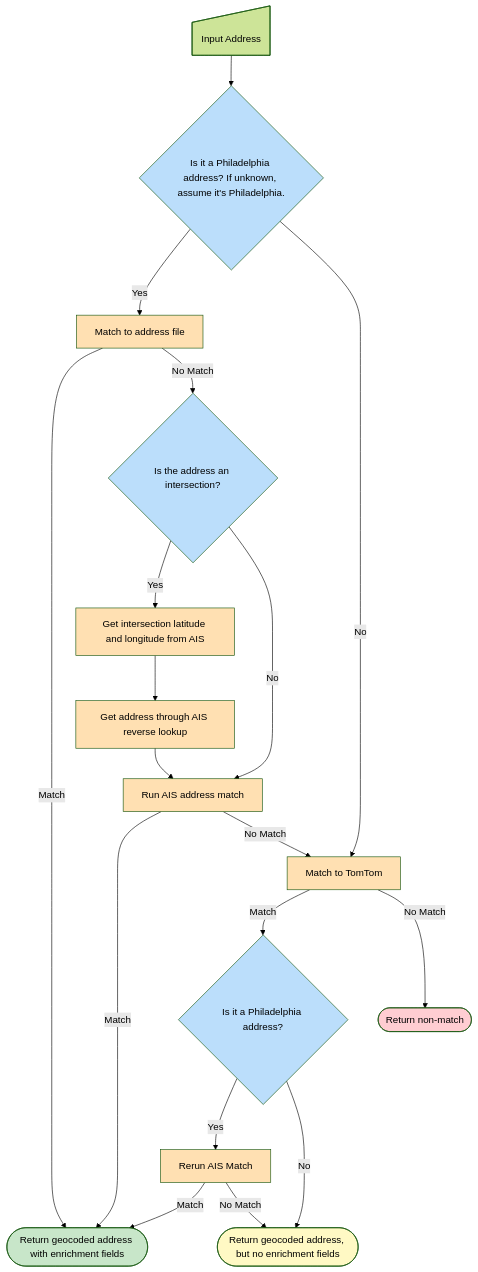
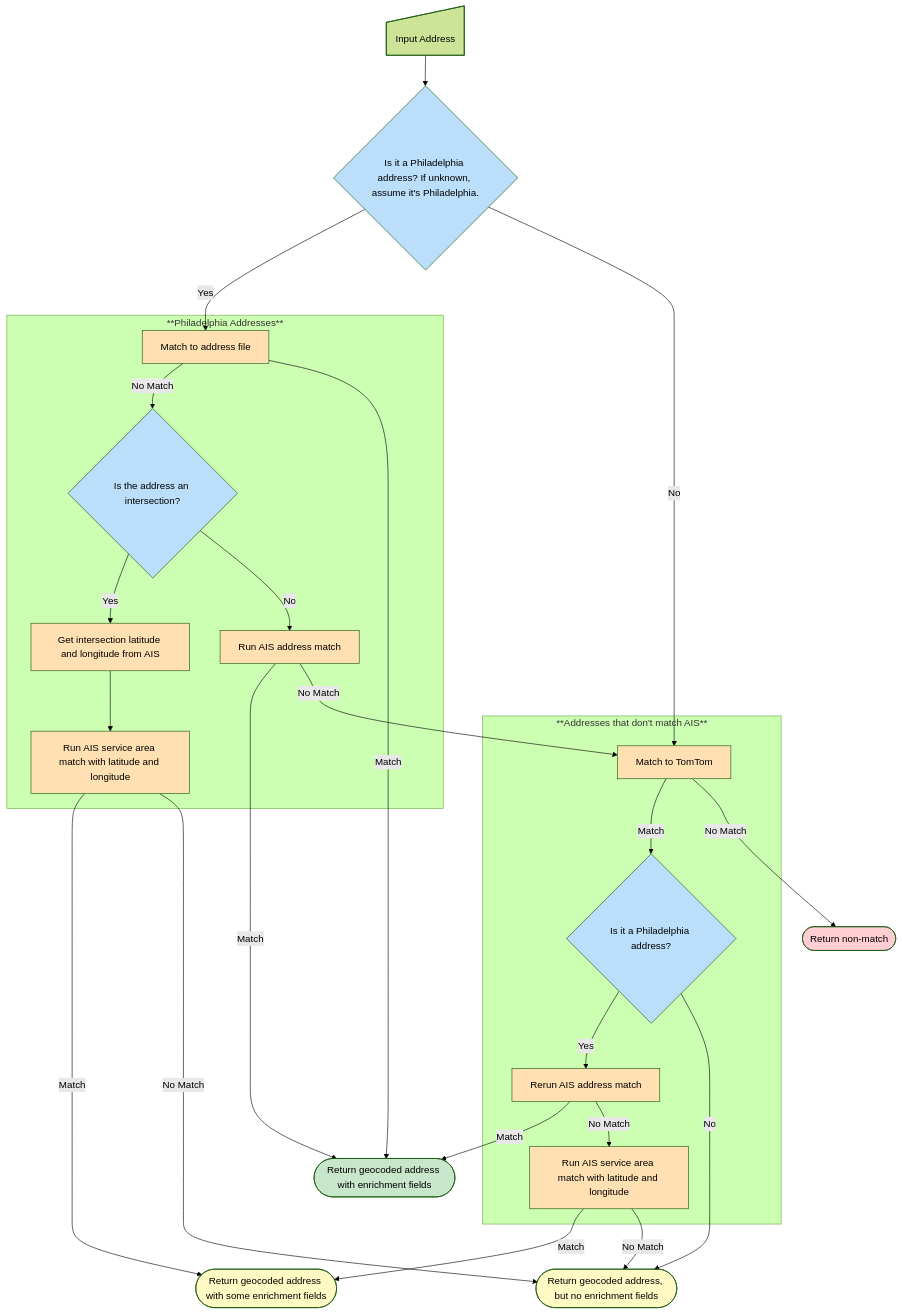
Before and after one commit to CityOfPhiladelphia/address-batch-geocoder: the diagram in README.md, drawn with Mermaid (forest theme). The commit also changed other lines of this file and 6 other files, not shown here.

First line of the commit message:
Match failed rematches to AIS against service area

````diff
--- a/README.md
+++ b/README.md
@@ -423,45 +444,68 @@
 ```mermaid
 flowchart TB
-    A["Input Address"] --> B@{ label: "Is it a Philadelphia address? If unknown, assume it's Philadelphia." }
-    B -- Yes --> C["Match to address file"]
-    B -- No --> D["Match to TomTom"]
+B["Is it a Philadelphia address? If unknown, assume it's Philadelphia."]
+
+ subgraph philly_path["**Philadelphia Addresses**"]
+        C["Match to address file"]
+        F["Is the address an intersection?"]
+        I["Get intersection latitude and longitude from AIS"]
+        J["Run AIS address match"]
+        K["Run AIS service area match with latitude and longitude"]
+  end
+ subgraph non_philly_path["**Addresses that don't match AIS**"]
+        D["Match to TomTom"]
+        G["Is it a Philadelphia address?"]
+        M["Rerun AIS address match"]
+        O["Run AIS service area match with latitude and longitude"]
+  end
+    A["Input Address"] --> B
+    B -- Yes --> C
+    C -- No Match --> F
+    F -- Yes --> I
+    F -- No --> J
+    I --> K
+    B -- No --> D
+    D -- Match --> G
+    G -- Yes --> M
     C -- Match --> E["Return geocoded address with enrichment fields"]
-    C -- No Match --> F["Is the address an intersection?"]
-    D -- Match --> G["Is it a Philadelphia address?"]
+    J -- Match --> E
+    M -- Match --> E
+    K -- Match --> P["Return geocoded address with some enrichment fields"]
+    K -- No Match --> N["Return geocoded address, but no enrichment fields"]
+    G -- No --> N
+    O -- Match --> P
+    O -- No Match --> N
     D -- No Match --> H["Return non-match"]
-    F -- Yes --> I["Get intersection latitude and longitude from AIS"]
-    F -- No --> J["Run AIS address match"]
-    I --> K["Get address through AIS reverse lookup"]
-    J -- Match --> E
+    M -- No Match --> O
     J -- No Match --> D
-    K --> J
-    G -- Yes --> M["Rerun AIS Match"]
-    G -- No --> N["Return geocoded address, but no enrichment fields"]
-    M -- Match --> E
-    M -- No Match --> N
-    A@{ shape: manual-input}
+
+    C@{ shape: process}
     B@{ shape: decision}
-    C@{ shape: process}
-    D@{ shape: process}
-    E@{ shape: terminal}
     F@{ shape: decision}
-    G@{ shape: decision}
-    H@{ shape: terminal}
     I@{ shape: process}
     J@{ shape: process}
     K@{ shape: process}
+    D@{ shape: process}
+    G@{ shape: decision}
     M@{ shape: process}
+    O@{ shape: process}
+    A@{ shape: manual-input}
+    E@{ shape: terminal}
+    P@{ shape: terminal}
     N@{ shape: terminal}
+    H@{ shape: terminal}
+    style C fill:#FFE0B2
     style B fill:#BBDEFB
-    style C fill:#FFE0B2
-    style D fill:#FFE0B2
-    style E fill:#C8E6C9
     style F fill:#BBDEFB
-    style G fill:#BBDEFB
-    style H fill:#FFCDD2
     style I fill:#FFE0B2
     style J fill:#FFE0B2
     style K fill:#FFE0B2
+    style D fill:#FFE0B2
+    style G fill:#BBDEFB
     style M fill:#FFE0B2
+    style O fill:#FFE0B2
+    style E fill:#C8E6C9
+    style P fill:#FFF9C4
     style N fill:#FFF9C4
+    style H fill:#FFCDD2
 ```
````
